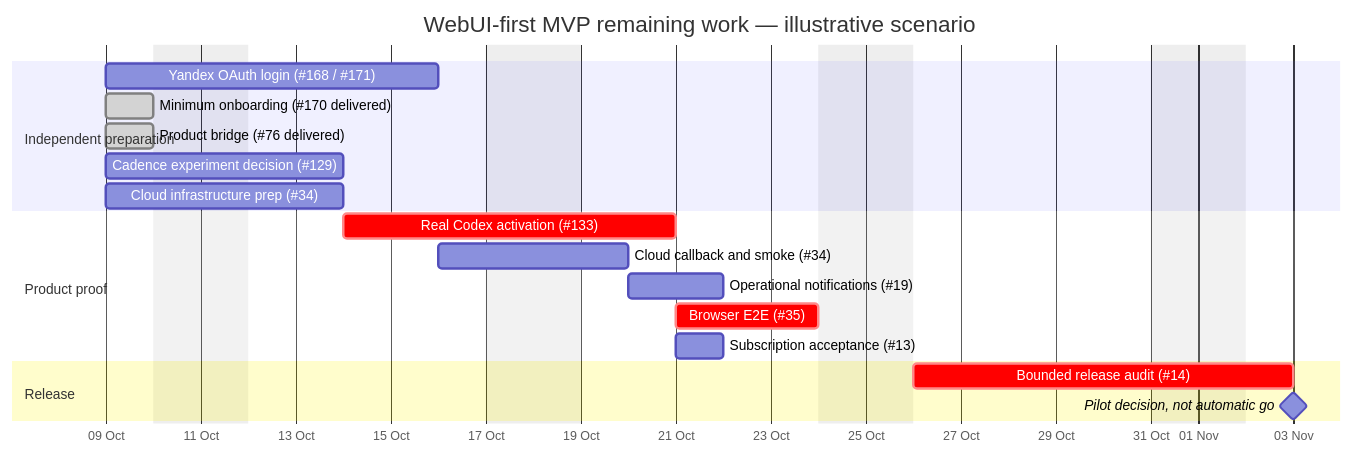
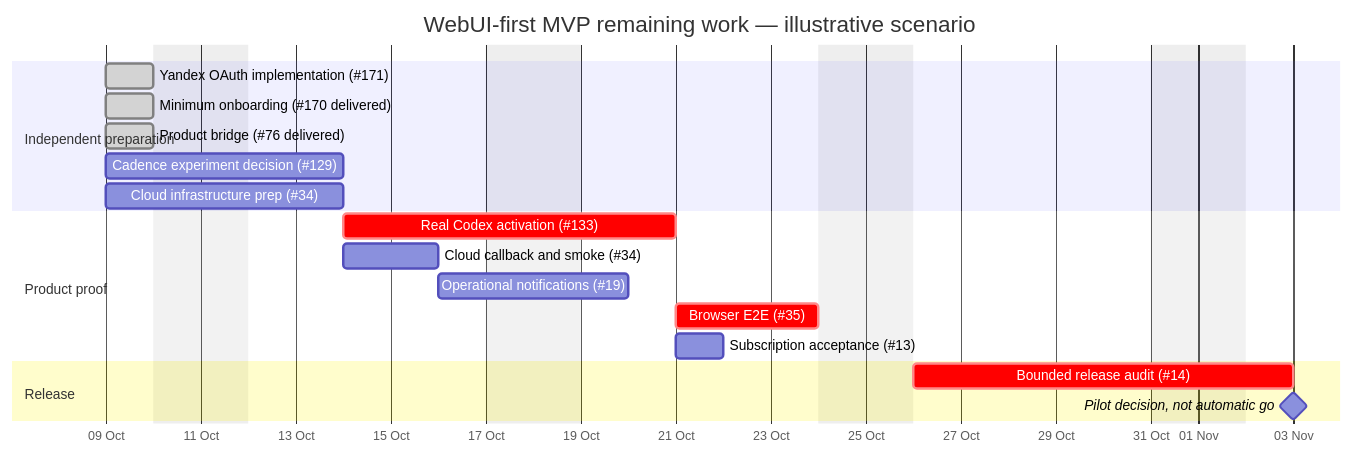
One commit to urandon/sessionless changed the second of 2 diagrams in docs/mvp-delivery-plan.md. Above: the diagram before and after it, drawn with Mermaid. The commit also changed other lines of this file and 7 other files, not shown here.

````diff
--- a/docs/mvp-delivery-plan.md
+++ b/docs/mvp-delivery-plan.md
@@ -132,22 +138,22 @@
 ```mermaid
 gantt
     title WebUI-first MVP remaining work — illustrative scenario
     dateFormat YYYY-MM-DD
     axisFormat %d %b
     excludes weekends
     section Independent preparation
-    Yandex OAuth login (#168 / #171)     :auth, 2026-10-09, 5d
+    Yandex OAuth implementation (#171)  :done, auth, 2026-10-09, 1d
     Minimum onboarding (#170 delivered) :done, enroll, 2026-10-09, 1d
     Product bridge (#76 delivered)      :done, bridge, 2026-10-09, 1d
     Cadence experiment decision (#129)  :cost, 2026-10-09, 3d
     Cloud infrastructure prep (#34)     :prep, 2026-10-09, 3d
     section Product proof
     Real Codex activation (#133)        :crit, real, after bridge enroll cost, 5d
     Cloud callback and smoke (#34)      :cloud, after auth prep, 2d
     Operational notifications (#19)     :alerts, after cloud, 2d
     Browser E2E (#35)                   :crit, e2e, after real cloud auth, 3d
     Subscription acceptance (#13)       :sub, after real, 1d
     section Release
     Bounded release audit (#14)         :crit, audit, after e2e alerts sub, 6d
     Pilot decision, not automatic go    :milestone, after audit, 0d
 ```
````
